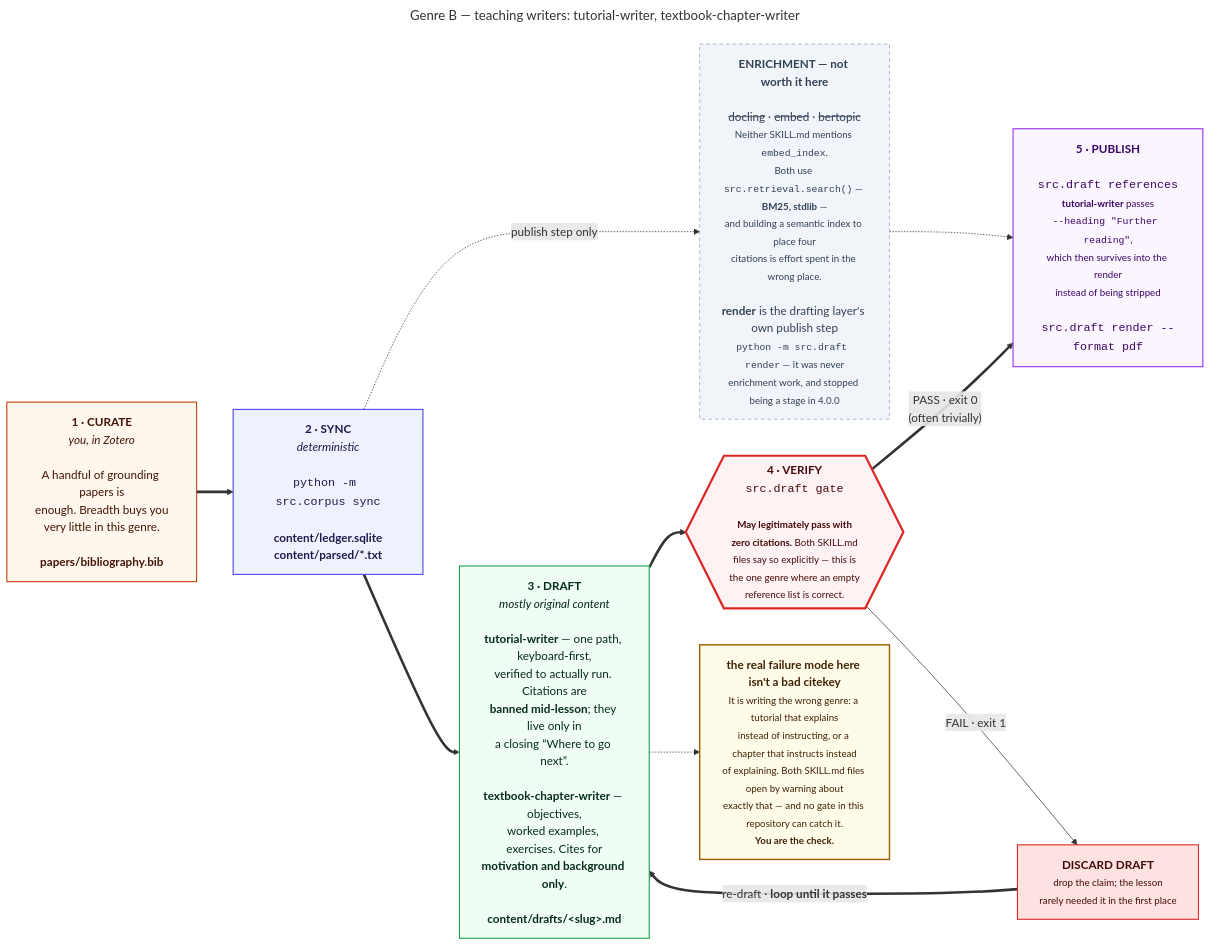
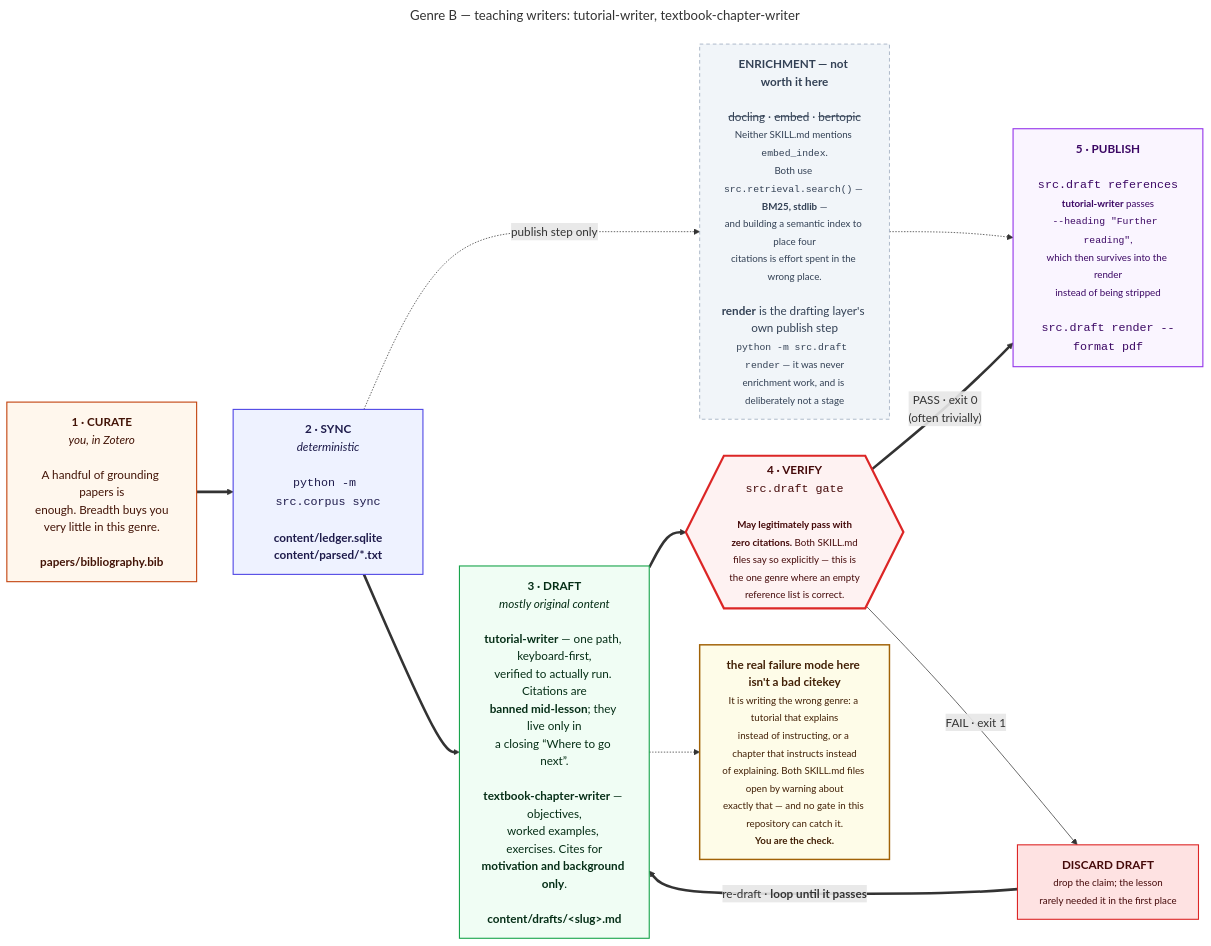
The diagram in docs/diagrams/g2-teaching.mmd (prasadtalasila/chitragupta), drawn with Mermaid before and after one commit. The commit also changed 27 other files, not shown here.

```diff
--- a/docs/diagrams/g2-teaching.mmd
+++ b/docs/diagrams/g2-teaching.mmd
@@ -1,46 +1,46 @@
 ---
 title: "Genre B — teaching writers: tutorial-writer, textbook-chapter-writer"
 ---
 flowchart LR
 
   P0["<b>1 · CURATE</b><br/><i>you, in Zotero</i><br/><br/>A handful of grounding papers is<br/>enough. Breadth buys you<br/>very little in this genre.<br/><br/><b>papers/bibliography.bib</b>"]
 
   P1["<b>2 · SYNC</b><br/><i>deterministic</i><br/><br/><code>python -m src.corpus sync</code><br/><br/><b>content/ledger.sqlite</b><br/><b>content/parsed/*.txt</b>"]
 
-  HEAVY["<b>ENRICHMENT — not worth it here</b><br/><br/><s>docling</s> · <s>embed</s> · <s>bertopic</s><br/><small>Neither SKILL.md mentions <code>embed_index</code>.<br/>Both use <code>src.retrieval.search()</code> — <b>BM25, stdlib</b> —<br/>and building a semantic index to place four<br/>citations is effort spent in the wrong place.</small><br/><br/><b>render</b> is the drafting layer's own publish step<br/><small><code>python -m src.draft render</code> — it was never<br/>enrichment work, and stopped being a stage in 4.0.0</small>"]
+  HEAVY["<b>ENRICHMENT — not worth it here</b><br/><br/><s>docling</s> · <s>embed</s> · <s>bertopic</s><br/><small>Neither SKILL.md mentions <code>embed_index</code>.<br/>Both use <code>src.retrieval.search()</code> — <b>BM25, stdlib</b> —<br/>and building a semantic index to place four<br/>citations is effort spent in the wrong place.</small><br/><br/><b>render</b> is the drafting layer's own publish step<br/><small><code>python -m src.draft render</code> — it was never<br/>enrichment work, and is deliberately not a stage</small>"]
 
   P2["<b>3 · DRAFT</b><br/><i>mostly original content</i><br/><br/><b>tutorial-writer</b> — one path, keyboard-first,<br/>verified to actually run. Citations are<br/><b>banned mid-lesson</b>; they live only in<br/>a closing “Where to go next”.<br/><br/><b>textbook-chapter-writer</b> — objectives,<br/>worked examples, exercises. Cites for<br/><b>motivation and background only</b>.<br/><br/><b>content/drafts/&lt;slug&gt;.md</b>"]
 
   P3{{"<b>4 · VERIFY</b><br/><code>src.draft gate</code><br/><br/><small><b>May legitimately pass with<br/>zero citations.</b> Both SKILL.md<br/>files say so explicitly — this is<br/>the one genre where an empty<br/>reference list is correct.</small>"}}
 
   FIX["<b>DISCARD DRAFT</b><br/><small>drop the claim; the lesson<br/>rarely needed it in the first place</small>"]
 
   P4["<b>5 · PUBLISH</b><br/><br/><code>src.draft references</code><br/><small><b>tutorial-writer</b> passes<br/><code>--heading &quot;Further reading&quot;</code>,<br/>which then survives into the render<br/>instead of being stripped</small><br/><br/><code>src.draft render --format pdf</code>"]
 
   RISK["<b>the real failure mode here isn't a bad citekey</b><br/><small>It is writing the wrong genre: a tutorial that explains<br/>instead of instructing, or a chapter that instructs instead<br/>of explaining. Both SKILL.md files open by warning about<br/>exactly that — and no gate in this repository can catch it.<br/><b>You are the check.</b></small>"]
 
   P0 ==> P1 ==> P2 ==> P3
   P1 -. "publish step only" .-> HEAVY
   HEAVY -.-> P4
   P3 == "PASS · exit 0<br/>(often trivially)" ==> P4
   P3 -- "FAIL · exit 1" --> FIX
   FIX == "re-draft · <b>loop until it passes</b>" ==> P2
   P2 -.-> RISK
 
   classDef you fill:#fff7ed,stroke:#c2410c,stroke-width:1.5px,color:#431407
   classDef det fill:#eef2ff,stroke:#4f46e5,stroke-width:1.5px,color:#1e1b4b
   classDef gen fill:#f0fdf4,stroke:#16a34a,stroke-width:1.5px,color:#052e16
   classDef gate fill:#fef2f2,stroke:#dc2626,stroke-width:3px,color:#450a0a
   classDef out fill:#faf5ff,stroke:#9333ea,stroke-width:1.5px,color:#3b0764
   classDef bad fill:#fee2e2,stroke:#dc2626,stroke-width:1.5px,color:#450a0a
   classDef off fill:#f1f5f9,stroke:#94a3b8,stroke-dasharray:5 4,color:#334155
   classDef risk fill:#fefce8,stroke:#a16207,stroke-width:2px,color:#422006
 
   class P0 you
   class P1 det
   class P2 gen
   class P3 gate
   class P4 out
   class FIX bad
   class HEAVY off
   class RISK risk
```
